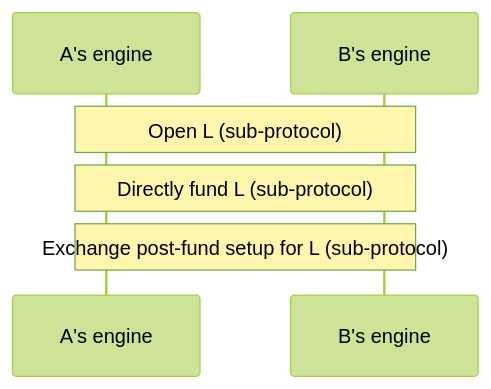
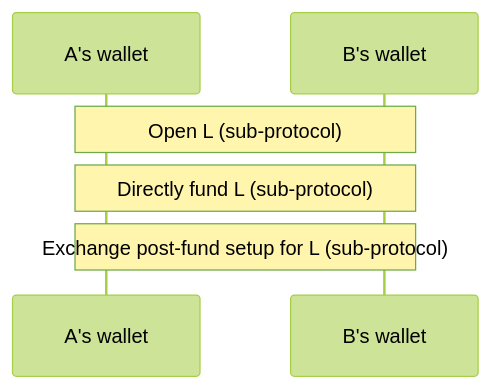
The first of 2 diagrams in packages/wallet/src/redux/protocols/new-ledger-channel/readme.md (statechannels/statechannels), drawn with Mermaid (forest theme) before and after one commit. The commit also changed other lines of this file and 124 other files, not shown here.

Commit message:
chore: rename all instances of engine to wallet

````diff
--- a/packages/wallet/src/redux/protocols/new-ledger-channel/readme.md
+++ b/packages/wallet/src/redux/protocols/new-ledger-channel/readme.md
@@ -13,9 +13,9 @@
 ```mermaid
 sequenceDiagram
-  participant A as A's engine
-  participant B as B's engine
+  participant A as A's wallet
+  participant B as B's wallet
 
   Note  over A, B: Open L (sub-protocol)
   Note  over A, B: Directly fund L (sub-protocol)
   Note  over A, B: Exchange post-fund setup for L (sub-protocol)
 ```
````
